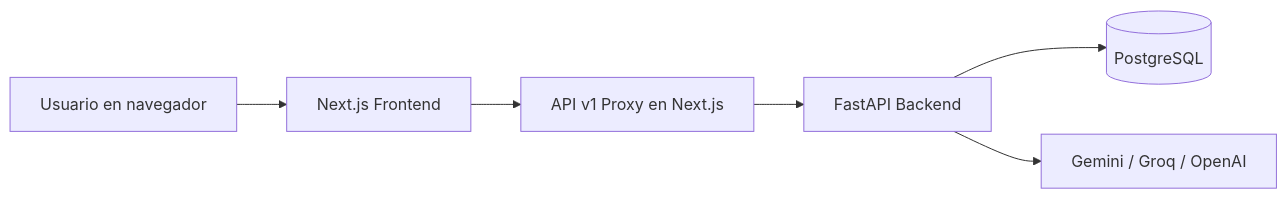
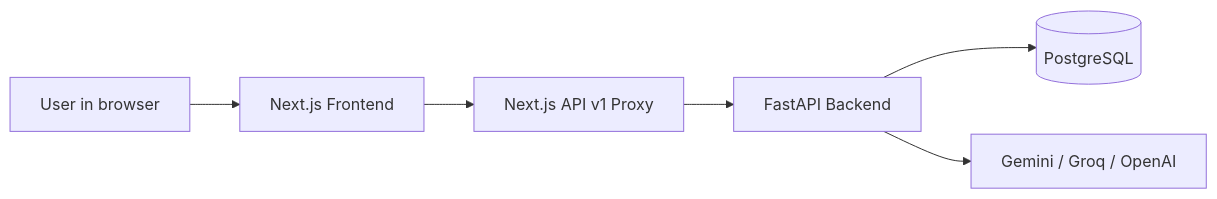
Before and after one commit to Bootcamp-IA-P5/ai-repo-evaluator: the first of 4 diagrams in frontend/README.md, drawn with Mermaid. The commit also changed other lines of this file, not shown here.

First line of the commit message:
Update frontend README

````diff
--- a/frontend/README.md
+++ b/frontend/README.md
@@ -66,8 +66,8 @@
 ```mermaid
 flowchart LR
-  U[Usuario en navegador] --> FE[Next.js Frontend]
-  FE --> PX[API v1 Proxy en Next.js]
+  U[User in browser] --> FE[Next.js Frontend]
+  FE --> PX[Next.js API v1 Proxy]
   PX --> BE[FastAPI Backend]
   BE --> DB[(PostgreSQL)]
   BE --> AI[Gemini / Groq / OpenAI]
 ```
````
